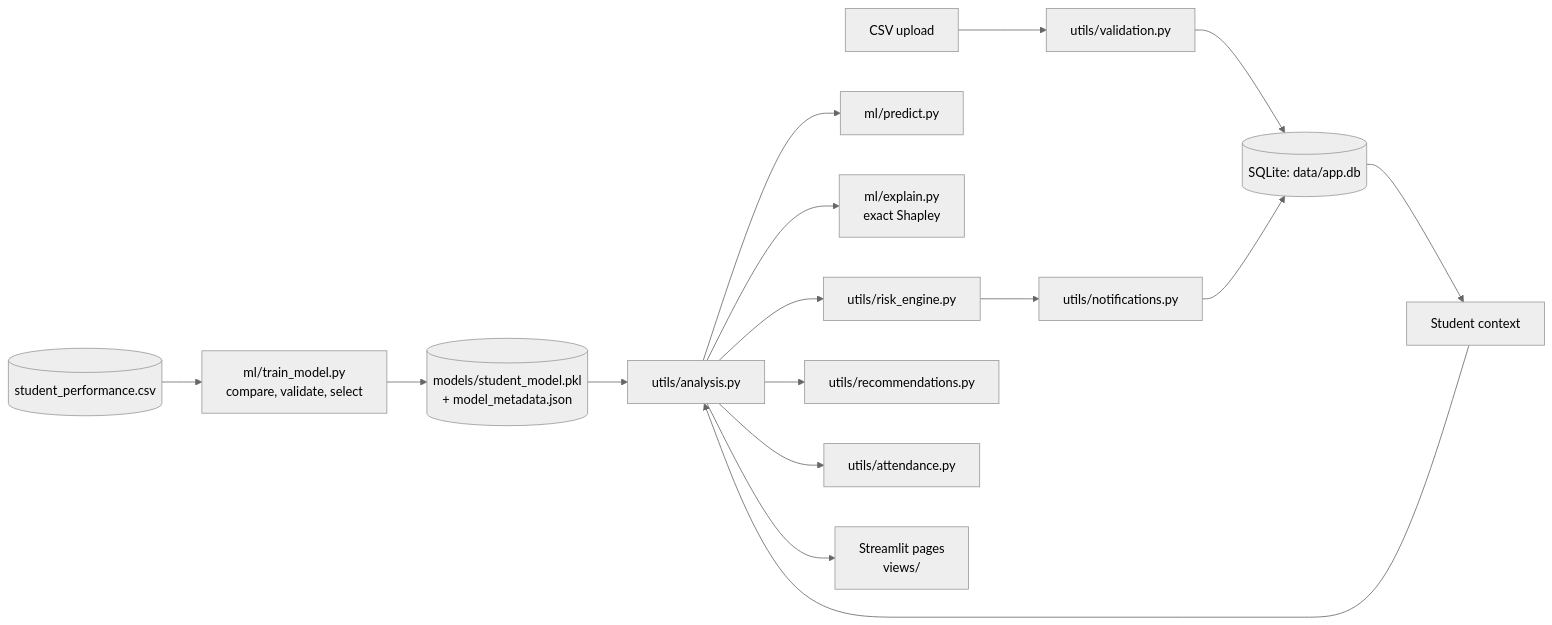
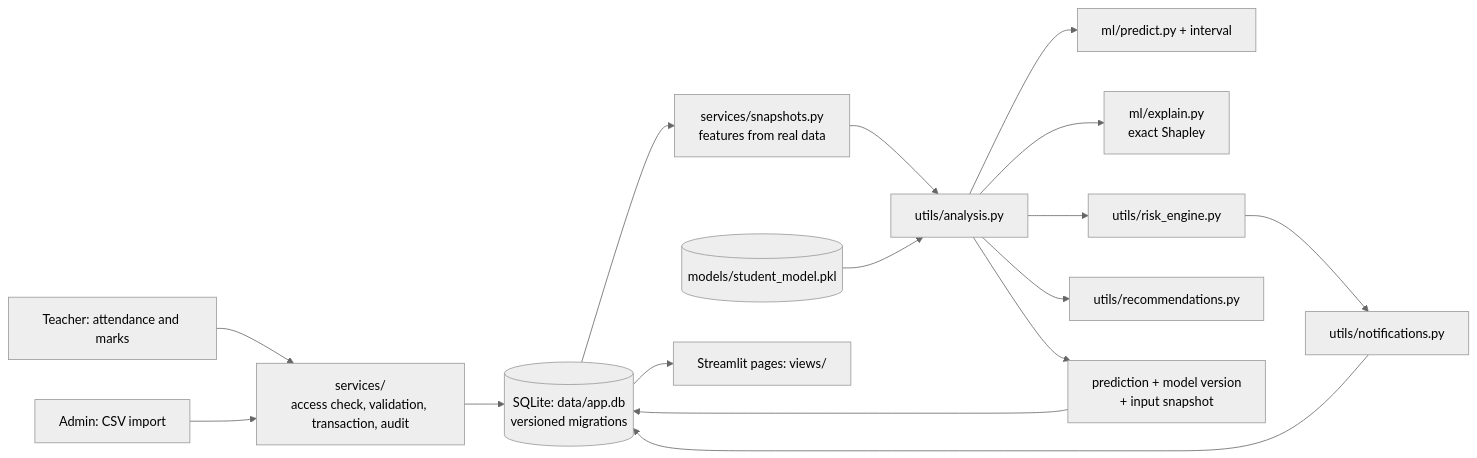
One commit to farhan-aiml/EduSignal changed the diagram in README.md. Above: the diagram before and after it, drawn with Mermaid (neutral theme). The commit also changed other lines of this file and 1 other file, not shown here.

Commit message:
Add backend tests and document architecture, schema and commands

````diff
--- a/README.md
+++ b/README.md
@@ -76,17 +81,16 @@
 ```mermaid
 flowchart LR
-    CSV[(student_performance.csv)] --> TRAIN[ml/train_model.py<br/>compare, validate, select]
-    TRAIN --> PKL[(models/student_model.pkl<br/>+ model_metadata.json)]
-    UP[CSV upload] --> VAL[utils/validation.py]
-    VAL --> DB[(SQLite: data/app.db)]
-    DB --> CTX[Student context]
-    PKL --> AN[utils/analysis.py]
-    CTX --> AN
-    AN --> PRED[ml/predict.py]
+    T[Teacher: attendance and marks] --> SV[services/<br/>access check, validation, transaction, audit]
+    UP[Admin: CSV import] --> SV
+    SV --> DB[(SQLite: data/app.db<br/>versioned migrations)]
+    DB --> SNAP[services/snapshots.py<br/>features from real data]
+    SNAP --> AN[utils/analysis.py]
+    PKL[(models/student_model.pkl)] --> AN
+    AN --> PRED[ml/predict.py + interval]
     AN --> EXP[ml/explain.py<br/>exact Shapley]
     AN --> RISK[utils/risk_engine.py]
     AN --> REC[utils/recommendations.py]
-    AN --> ATT[utils/attendance.py]
-    AN --> UI[Streamlit pages<br/>views/]
+    AN --> SAVE[prediction + model version<br/>+ input snapshot] --> DB
     RISK --> NOTE[utils/notifications.py] --> DB
+    DB --> UI[Streamlit pages: views/]
 ```
````
